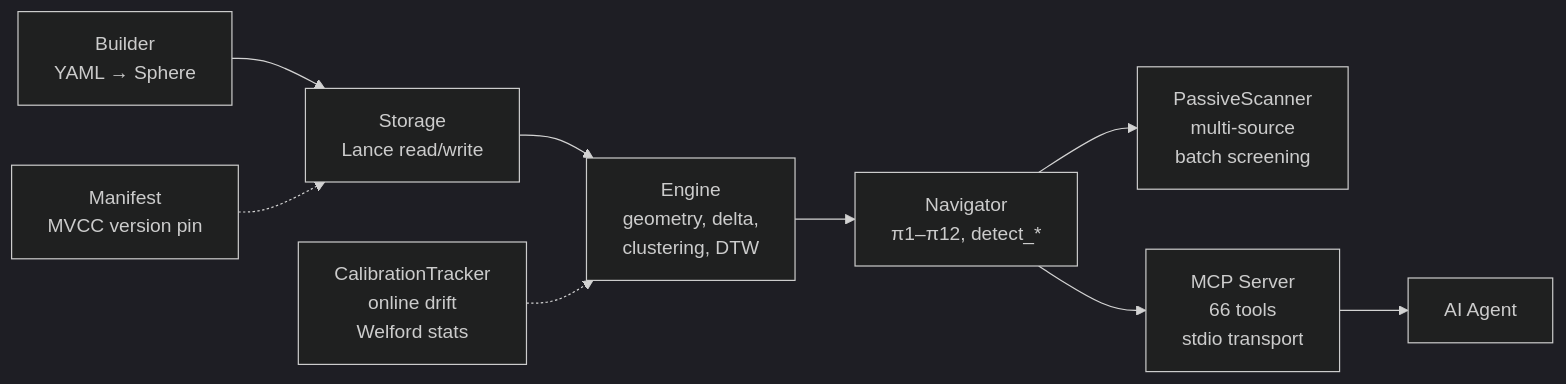
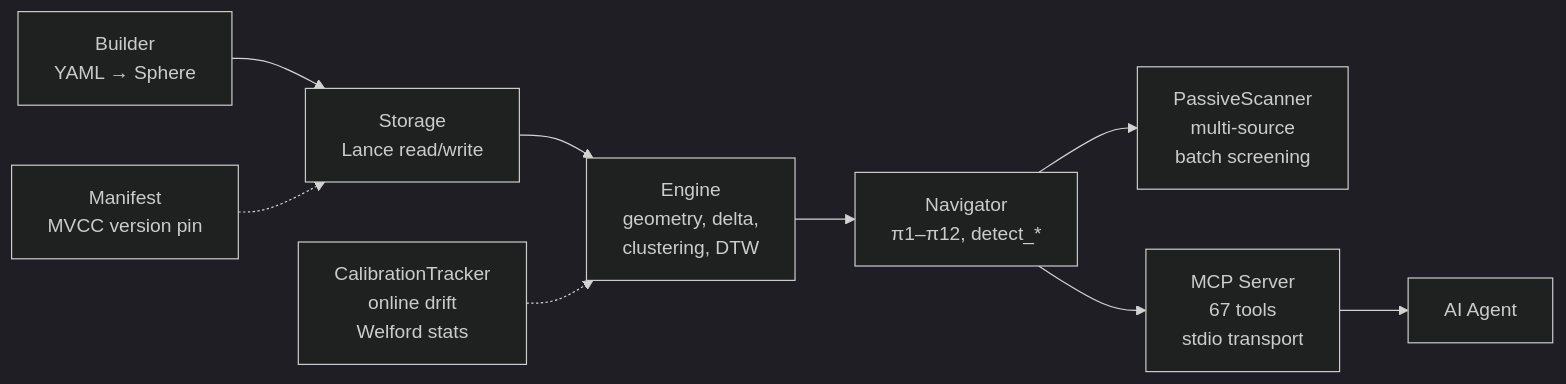
The fifth of 6 diagrams in docs/architecture.md (hypertopos/hypertopos-py), drawn with Mermaid (dark theme) before and after one commit. The commit also changed other lines of this file and 12 other files, not shown here.

````diff
--- a/docs/architecture.md
+++ b/docs/architecture.md
@@ -172,11 +172,11 @@
 ```mermaid
 graph LR
     B["Builder\nYAML → Sphere"] --> ST["Storage\nLance read/write"]
     ST --> E["Engine\ngeometry, delta,\nclustering, DTW"]
     E --> N["Navigator\nπ1–π12, detect_*"]
     N --> PS["PassiveScanner\nmulti-source\nbatch screening"]
-    N --> MCP["MCP Server\n66 tools\nstdio transport"]
+    N --> MCP["MCP Server\n67 tools\nstdio transport"]
     MCP --> Agent["AI Agent"]
     CT["CalibrationTracker\nonline drift\nWelford stats"] -.-> E
     M["Manifest\nMVCC version pin"] -.-> ST
 ```
````
